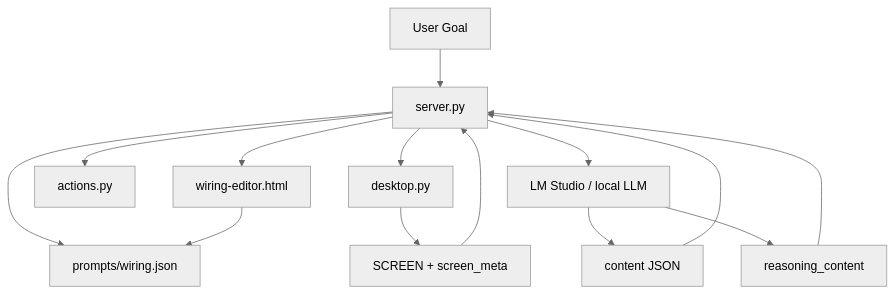
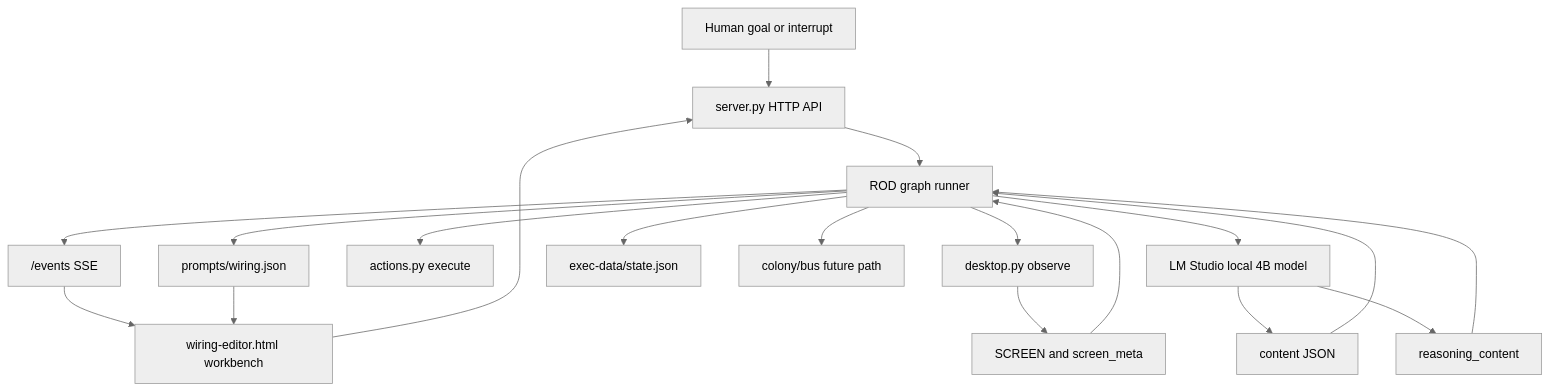
The first of 5 diagrams in README.md (wgabrys88/endgame-ai), drawn with Mermaid (neutral theme) before and after one commit. The commit also changed other lines of this file and 1 other file, not shown here.

Commit message:
Compress prompts and finalize handover

````diff
--- a/README.md
+++ b/README.md
@@ -112,16 +84,21 @@
 ```mermaid
-graph TD
-    Goal[User Goal] --> Server[server.py]
-    Server --> Wiring[prompts/wiring.json]
-    Server --> Desktop[desktop.py]
-    Server --> Actions[actions.py]
-    Server --> LLM[LM Studio / local LLM]
-    Desktop --> Screen[SCREEN + screen_meta]
-    Screen --> Server
-    LLM --> JSON[content JSON]
-    LLM --> Reasoning[reasoning_content]
-    JSON --> Server
-    Reasoning --> Server
-    Server --> Workbench[wiring-editor.html]
-    Workbench --> Wiring
+flowchart TD
+    Human["Human goal or interrupt"] --> API["server.py HTTP API"]
+    Workbench["wiring-editor.html workbench"] --> API
+    API --> Runner["ROD graph runner"]
+    Runner --> Wiring["prompts/wiring.json"]
+    Runner --> Desktop["desktop.py observe"]
+    Runner --> Actions["actions.py execute"]
+    Runner --> LLM["LM Studio local 4B model"]
+    Desktop --> Screen["SCREEN and screen_meta"]
+    Screen --> Runner
+    LLM --> Content["content JSON"]
+    LLM --> Reasoning["reasoning_content"]
+    Content --> Runner
+    Reasoning --> Runner
+    Runner --> State["exec-data/state.json"]
+    Runner --> Bus["colony/bus future path"]
+    Runner --> SSE["/events SSE"]
+    SSE --> Workbench
+    Wiring --> Workbench
 ```
````
